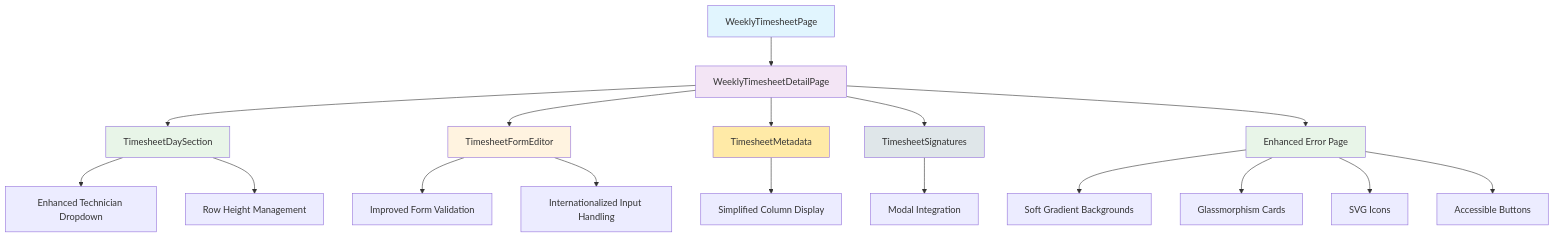
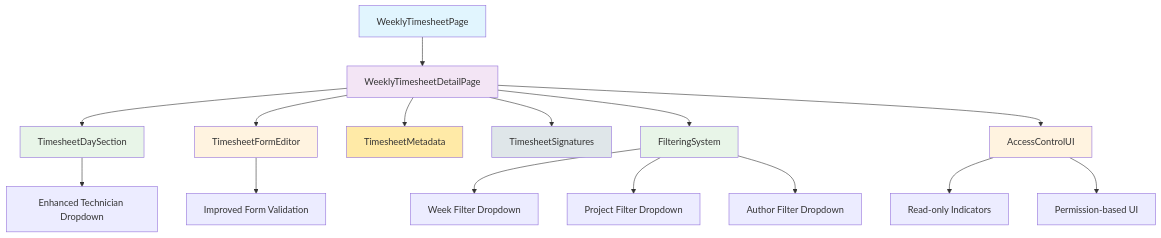
Before and after one commit to RobertRuas/windlog: the diagram in .qoder/repowiki/en/content/Arquitetura Frontend/Timesheet Semanal - Interface Frontend.md, drawn with Mermaid. The commit also changed other lines of this file and 45 other files, not shown here.

````diff
--- a/.qoder/repowiki/en/content/Arquitetura Frontend/Timesheet Semanal - Interface Frontend.md
+++ b/.qoder/repowiki/en/content/Arquitetura Frontend/Timesheet Semanal - Interface Frontend.md
@@ -47,26 +43,25 @@
 ```mermaid
 graph TD
 A[WeeklyTimesheetPage] --> B[WeeklyTimesheetDetailPage]
 B --> C[TimesheetDaySection]
 B --> D[TimesheetFormEditor]
 B --> E[TimesheetMetadata]
 B --> F[TimesheetSignatures]
-B --> G[Enhanced Error Page]
-C --> H[Enhanced Technician Dropdown]
-D --> I[Improved Form Validation]
-C --> J[Row Height Management]
-D --> K[Internationalized Input Handling]
-E --> L[Simplified Column Display]
-F --> M[Modal Integration]
-G --> N[Soft Gradient Backgrounds]
-G --> O[Glassmorphism Cards]
-G --> P[SVG Icons]
-G --> Q[Accessible Buttons]
+B --> G[FilteringSystem]
+B --> H[AccessControlUI]
+C --> I[Enhanced Technician Dropdown]
+D --> J[Improved Form Validation]
+G --> K[Week Filter Dropdown]
+G --> L[Project Filter Dropdown]
+G --> M[Author Filter Dropdown]
+H --> N[Read-only Indicators]
+H --> O[Permission-based UI]
 style A fill:#e1f5fe
 style B fill:#f3e5f5
 style C fill:#e8f5e8
 style D fill:#fff3e0
 style E fill:#ffeaa7
 style F fill:#dfe6e9
 style G fill:#e8f5e8
+style H fill:#fff3e0
 ```
````
